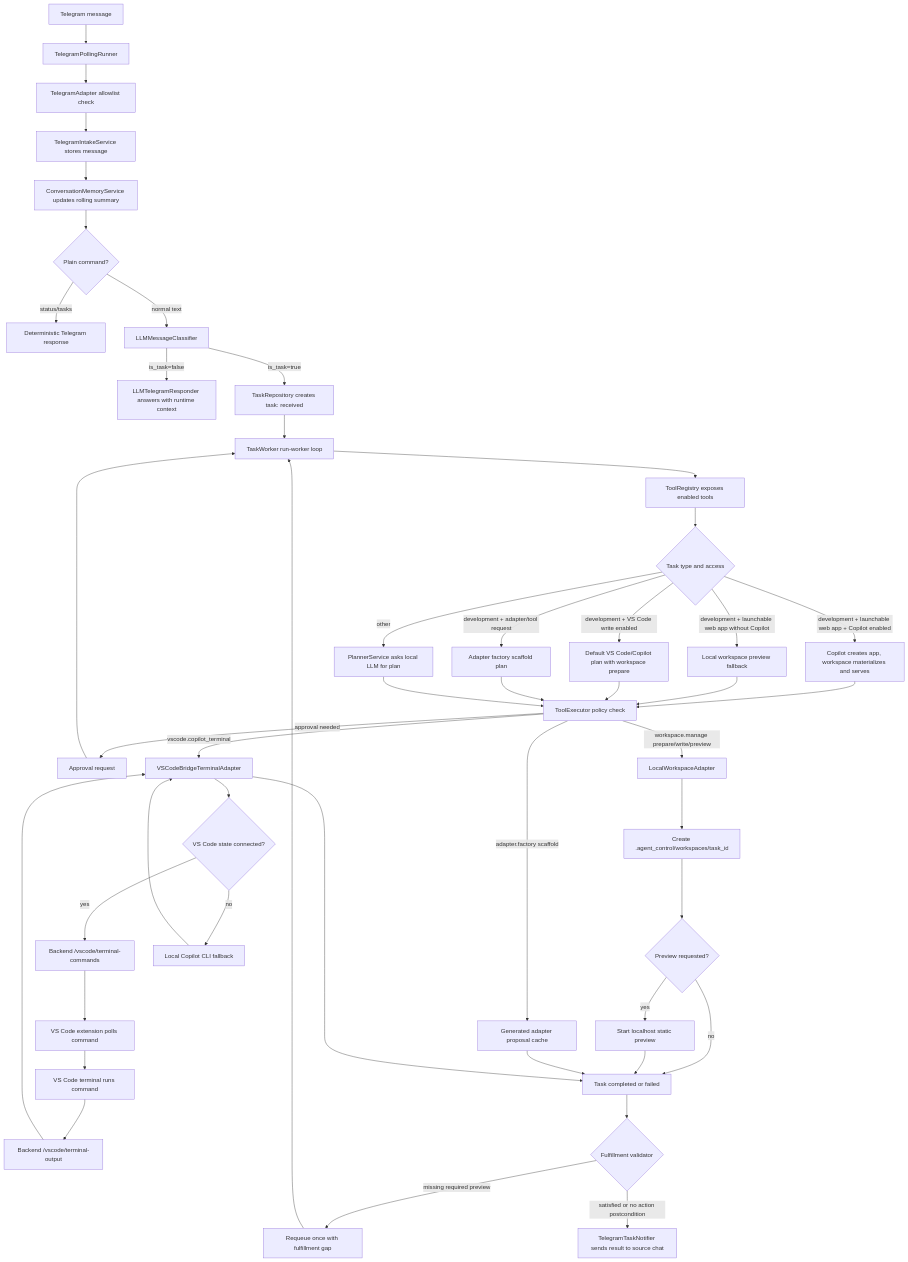
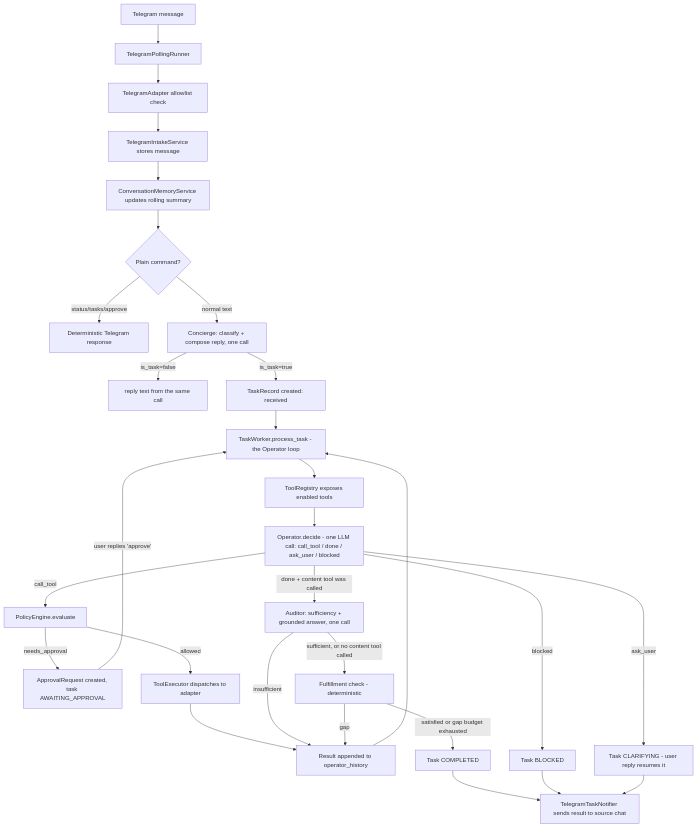
The diagram in docs/ARCHITECTURE.md (iodriller/YBM), drawn with Mermaid before and after one commit. The commit also changed other lines of this file and 91 other files, not shown here.

````diff
--- a/docs/ARCHITECTURE.md
+++ b/docs/ARCHITECTURE.md
@@ -69,49 +82,31 @@
 ```mermaid
 flowchart TD
     A[Telegram message] --> B[TelegramPollingRunner]
     B --> C[TelegramAdapter allowlist check]
     C --> D[TelegramIntakeService stores message]
     D --> Z[ConversationMemoryService updates rolling summary]
     Z --> X{Plain command?}
-    X -->|status/tasks| Y[Deterministic Telegram response]
-    X -->|normal text| E[LLMMessageClassifier]
-    E -->|is_task=false| F[LLMTelegramResponder answers with runtime context]
-    E -->|is_task=true| G[TaskRepository creates task: received]
-    G --> H[TaskWorker run-worker loop]
+    X -->|status/tasks/approve| Y[Deterministic Telegram response]
+    X -->|normal text| E[Concierge: classify + compose reply, one call]
+    E -->|is_task=false| F[reply text from the same call]
+    E -->|is_task=true| G[TaskRecord created: received]
+    G --> H[TaskWorker.process_task - the Operator loop]
     H --> HR[ToolRegistry exposes enabled tools]
-    HR --> I{Task type and access}
-    I -->|development + launchable web app + Copilot enabled| W[Copilot creates app, workspace materializes and serves]
-    I -->|development + launchable web app without Copilot| WF[Local workspace preview fallback]
-    I -->|development + VS Code write enabled| J[Default VS Code/Copilot plan with workspace prepare]
-    I -->|development + adapter/tool request| AF[Adapter factory scaffold plan]
-    I -->|other| K[PlannerService asks local LLM for plan]
-    W --> L[ToolExecutor policy check]
-    WF --> L
-    J --> L
-    AF --> L
-    K --> L
-    L -->|approval needed| M[Approval request]
-    M --> H
-    L -->|workspace.manage prepare/write/preview| AA[LocalWorkspaceAdapter]
-    AA --> AB[Create .agent_control/workspaces/task_id]
-    AB --> AC{Preview requested?}
-    AC -->|yes| AD[Start localhost static preview]
-    AC -->|no| S[Task continues]
-    AD --> S[Task completed or failed]
-    L -->|adapter.factory scaffold| AE[Generated adapter proposal cache]
-    AE --> S
-    L -->|vscode.copilot_terminal| N[VSCodeBridgeTerminalAdapter]
-    N --> U{VS Code state connected?}
-    U -->|yes| O[Backend /vscode/terminal-commands]
-    U -->|no| V[Local Copilot CLI fallback]
-    O --> P[VS Code extension polls command]
-    P --> Q[VS Code terminal runs command]
-    Q --> R[Backend /vscode/terminal-output]
-    R --> N
-    V --> N
-    N --> S[Task completed or failed]
-    S --> VAL{Fulfillment validator}
-    VAL -->|missing required preview| RETRY[Requeue once with fulfillment gap]
-    RETRY --> H
-    VAL -->|satisfied or no action postcondition| T[TelegramTaskNotifier sends result to source chat]
+    HR --> DEC[Operator.decide - one LLM call: call_tool / done / ask_user / blocked]
+    DEC -->|call_tool| L[PolicyEngine.evaluate]
+    L -->|needs_approval| M[ApprovalRequest created, task AWAITING_APPROVAL]
+    M -->|user replies 'approve'| H
+    L -->|allowed| EXE[ToolExecutor dispatches to adapter]
+    EXE --> REC[Result appended to operator_history]
+    REC --> H
+    DEC -->|ask_user| CLAR[Task CLARIFYING - user reply resumes it]
+    DEC -->|blocked| BLK[Task BLOCKED]
+    DEC -->|done + content tool was called| AUD[Auditor: sufficiency + grounded answer, one call]
+    AUD -->|insufficient| REC
+    AUD -->|sufficient, or no content tool called| FUL[Fulfillment check - deterministic]
+    FUL -->|gap| REC
+    FUL -->|satisfied or gap budget exhausted| DONE[Task COMPLETED]
+    DONE --> T[TelegramTaskNotifier sends result to source chat]
+    BLK --> T
+    CLAR --> T
 ```
````
